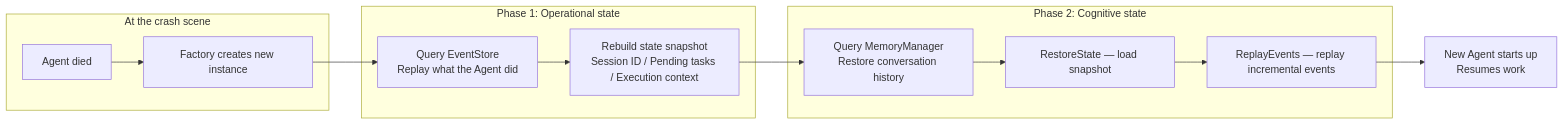
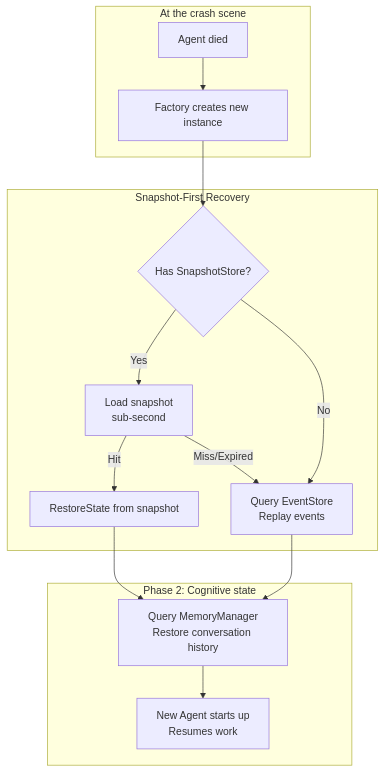
The second of 7 diagrams in docs/articles/en/runtime-lifecycle-deep-dive.md (Timwood0x10/ARES), drawn with Mermaid before and after one commit. The commit also changed other lines of this file and 380 other files, not shown here.

````diff
--- a/docs/articles/en/runtime-lifecycle-deep-dive.md
+++ b/docs/articles/en/runtime-lifecycle-deep-dive.md
@@ -117,16 +169,18 @@
 ```mermaid
-graph LR
+graph TB
     subgraph At the crash scene
         A[Agent died] --> F[Factory creates new instance]
     end
-    subgraph Phase 1: Operational state
-        F --> ES[Query EventStore<br/>Replay what the Agent did]
-        ES --> ST[Rebuild state snapshot<br/>Session ID / Pending tasks / Execution context]
+    subgraph Snapshot-First Recovery
+        F --> SS{Has SnapshotStore?}
+        SS -->|Yes| SNAP[Load snapshot<br/>sub-second]
+        SNAP -->|Hit| RESTORE[RestoreState from snapshot]
+        SNAP -->|Miss/Expired| ES[Query EventStore<br/>Replay events]
+        SS -->|No| ES
     end
     subgraph Phase 2: Cognitive state
-        ST --> MM[Query MemoryManager<br/>Restore conversation history]
-        MM --> RE[RestoreState — load snapshot]
-        RE --> RP[ReplayEvents — replay incremental events]
+        RESTORE --> MM[Query MemoryManager<br/>Restore conversation history]
+        ES --> MM
+        MM --> OK[New Agent starts up<br/>Resumes work]
     end
-    RP --> OK[New Agent starts up<br/>Resumes work]
 ```
````
